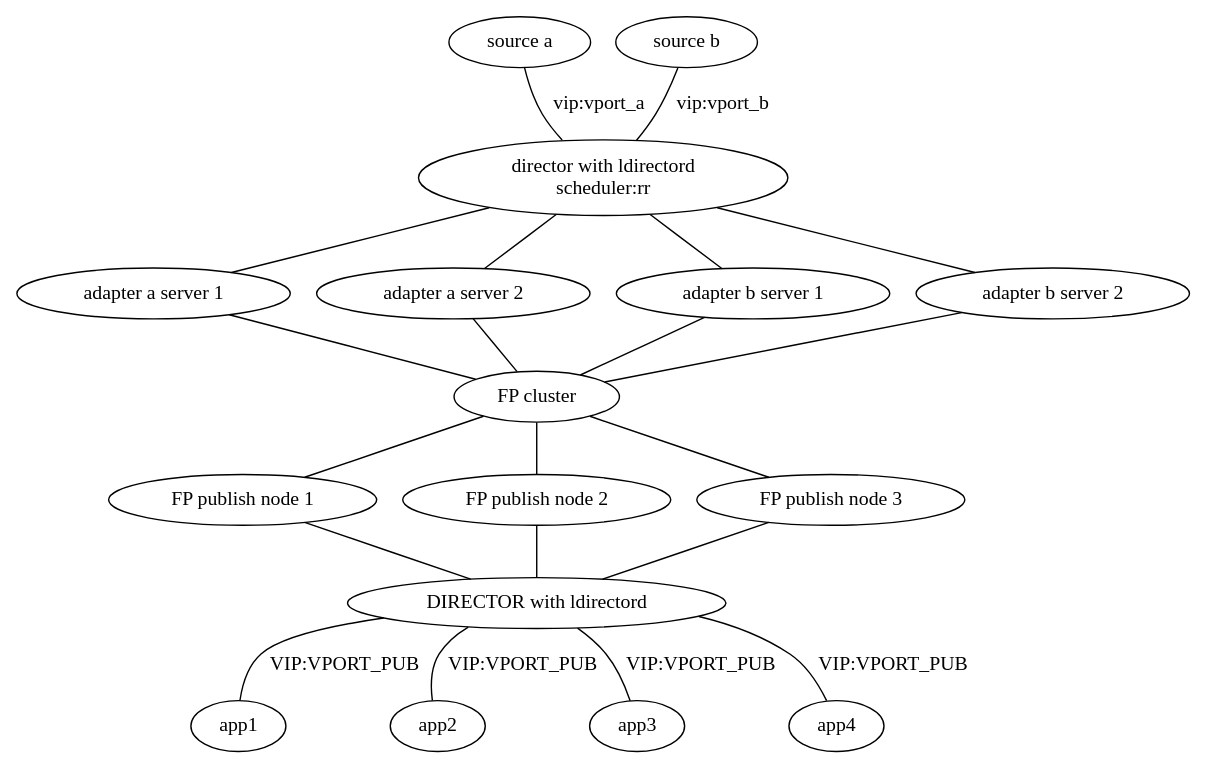
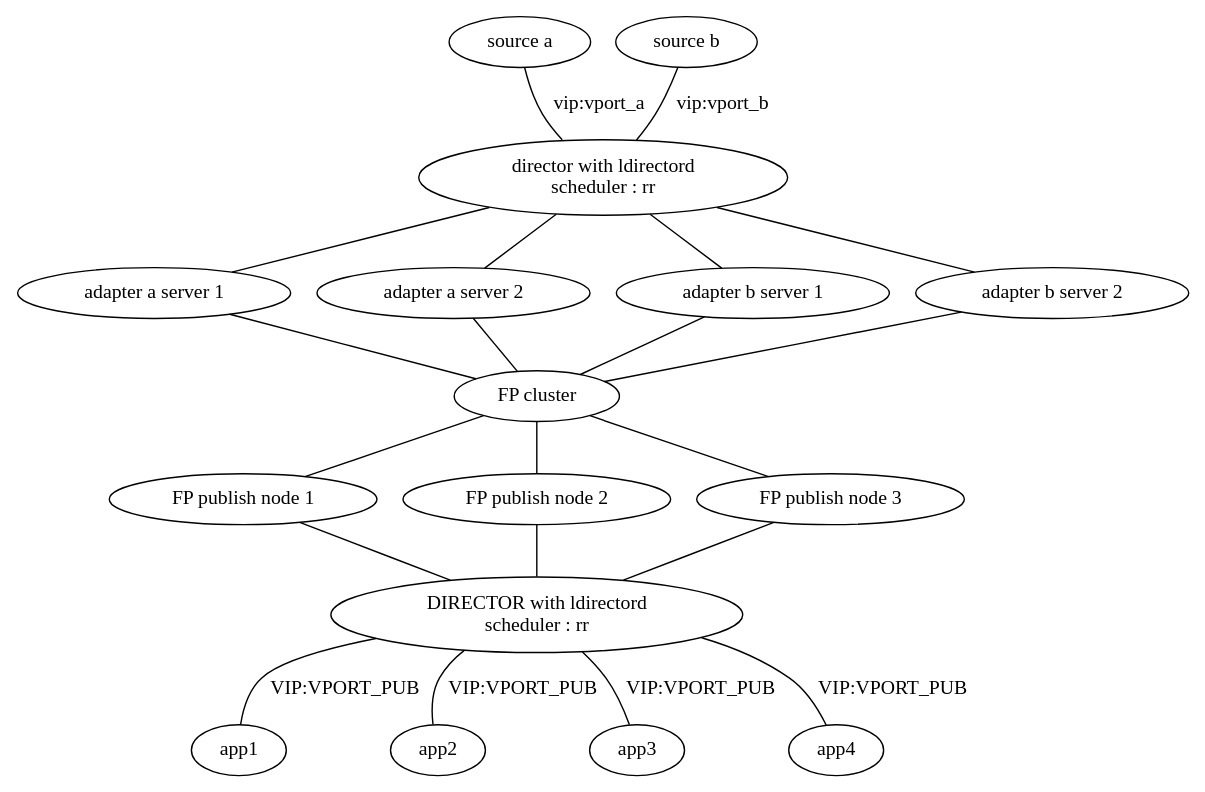
Before and after one commit to leizhnxp/lvs-op-poc: the diagram in topology_fp_LB_undi.dot, drawn with Graphviz.

Commit message:
修改爲Node聲明

```diff
--- a/topology_fp_LB_undi.dot
+++ b/topology_fp_LB_undi.dot
@@ -1,16 +1,29 @@
 graph FP_LB_HA {
-    "source a"--"director with ldirectord\nscheduler:rr"[label="vip:vport_a"];
-    "source b"--"director with ldirectord\nscheduler:rr"[label="vip:vport_b"];
-    "director with ldirectord\nscheduler:rr"--{"adapter a server 1","adapter a server 2"};
-    "director with ldirectord\nscheduler:rr"--{"adapter b server 1","adapter b server 2"};
+    source_a [label="source a"];
+    source_b [label="source b"];
+    director [label="director with ldirectord\nscheduler : rr"];
+    adapter_a_rs1 [label="adapter a server 1"];
+    adapter_a_rs2 [label="adapter a server 2"];
+    adapter_b_rs1 [label="adapter b server 1"];
+    adapter_b_rs2 [label="adapter b server 2"];
+    fp_grid [label="FP cluster"];
+    fp_pub_rs1 [label="FP publish node 1"];
+    fp_pub_rs2 [label="FP publish node 2"];
+    fp_pub_rs3 [label="FP publish node 3"];
+    DIRECTOR [label="DIRECTOR with ldirectord\nscheduler : rr"]
+    source_a--director[label="vip:vport_a"];
+    source_b--director[label="vip:vport_b"];
+    director--{adapter_a_rs1,adapter_a_rs2};
+    director--{adapter_b_rs1,adapter_b_rs2};
+    
     subgraph{
-        rank=same;"source a";"source b";    
+        rank=same;source_a;source_b;    
     }
     subgraph{
-        rank=same;"adapter b server 2";"adapter b server 1";"adapter a server 1";"adapter a server 2";    
+        rank=same;adapter_b_rs2;adapter_b_rs1;adapter_a_rs1;adapter_a_rs2;    
     }
-    {"adapter a server 1","adapter a server 2","adapter b server 1","adapter b server 2"}--"FP cluster";
-    "FP cluster"--{"FP publish node 1","FP publish node 2","FP publish node 3"};
-    {"FP publish node 1","FP publish node 2","FP publish node 3"}--"DIRECTOR with ldirectord";
-    "DIRECTOR with ldirectord"--{app1;app2;app3;app4}[label="VIP:VPORT_PUB"];
+    {adapter_a_rs1,adapter_a_rs2,adapter_b_rs1,adapter_b_rs2}--fp_grid;
+    fp_grid--{fp_pub_rs1,fp_pub_rs2,fp_pub_rs3};
+    {fp_pub_rs1,fp_pub_rs2,fp_pub_rs3}--DIRECTOR;
+    DIRECTOR--{app1;app2;app3;app4}[label="VIP:VPORT_PUB"];
 }
```
